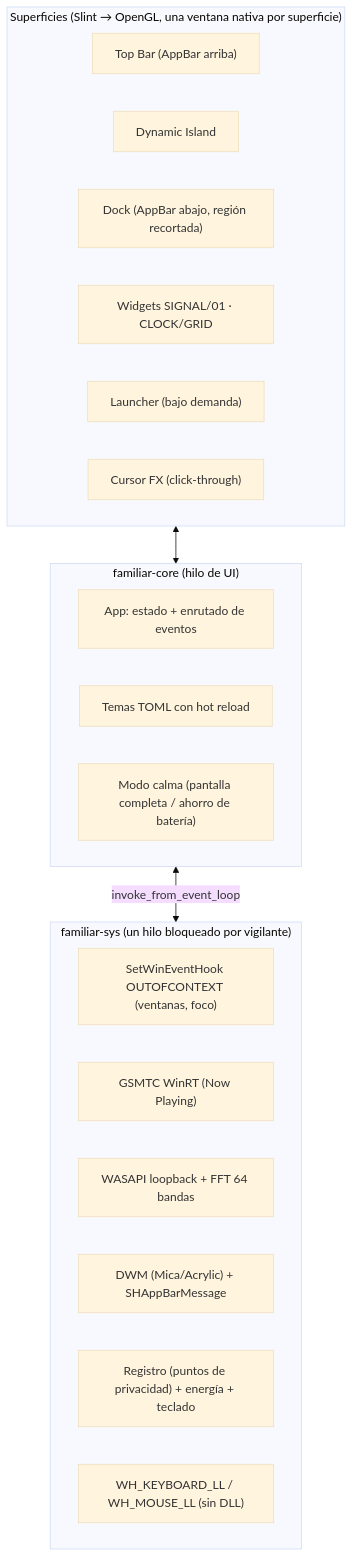
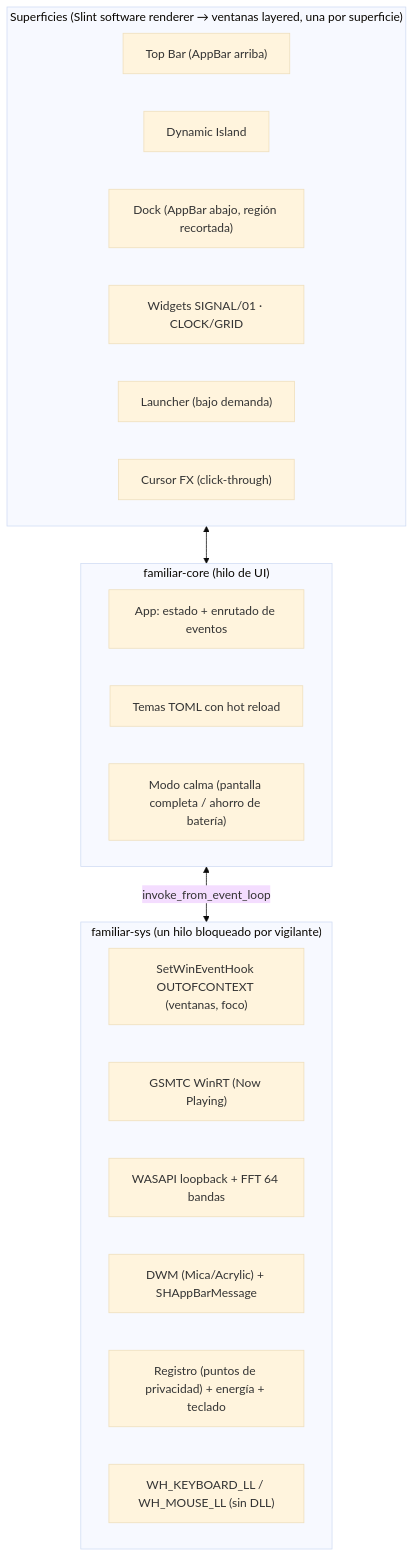
The diagram in README.md (cristian3308/familiar-desktop), drawn with Mermaid (base theme) before and after one commit. The commit also changed other lines of this file and 11 other files, not shown here.

First line of the commit message:
Render on the CPU into layered windows instead of OpenGL

````diff
--- a/README.md
+++ b/README.md
@@ -33,29 +34,29 @@
 ```mermaid
 graph TD
-    subgraph UI ["Superficies (Slint → OpenGL, una ventana nativa por superficie)"]
+    subgraph UI ["Superficies (Slint software renderer → ventanas layered, una por superficie)"]
         W1["Top Bar (AppBar arriba)"]
         W1b["Dynamic Island"]
         W2["Dock (AppBar abajo, región recortada)"]
         W3["Widgets SIGNAL/01 · CLOCK/GRID"]
         W4["Launcher (bajo demanda)"]
         W5["Cursor FX (click-through)"]
     end
 
     subgraph CORE ["familiar-core (hilo de UI)"]
         EM["App: estado + enrutado de eventos"]
         TH["Temas TOML con hot reload"]
         GM["Modo calma (pantalla completa / ahorro de batería)"]
     end
 
     subgraph WIN ["familiar-sys (un hilo bloqueado por vigilante)"]
         H1["SetWinEventHook OUTOFCONTEXT (ventanas, foco)"]
         H2["GSMTC WinRT (Now Playing)"]
         H3["WASAPI loopback + FFT 64 bandas"]
         H4["DWM (Mica/Acrylic) + SHAppBarMessage"]
         H5["Registro (puntos de privacidad) + energía + teclado"]
         H6["WH_KEYBOARD_LL / WH_MOUSE_LL (sin DLL)"]
     end
 
     UI <--> CORE
     CORE <-->|invoke_from_event_loop| WIN
 ```
````
